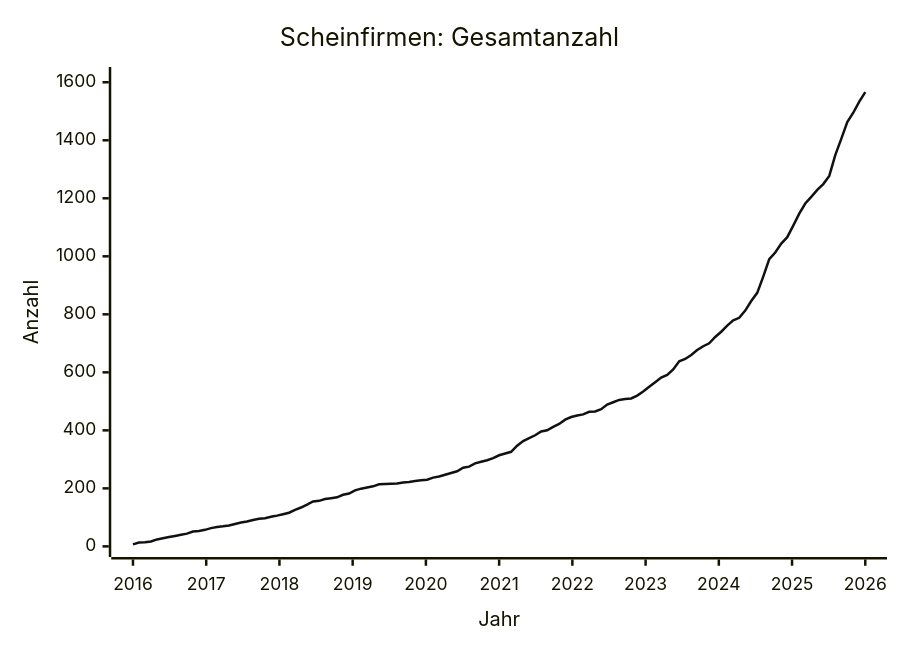
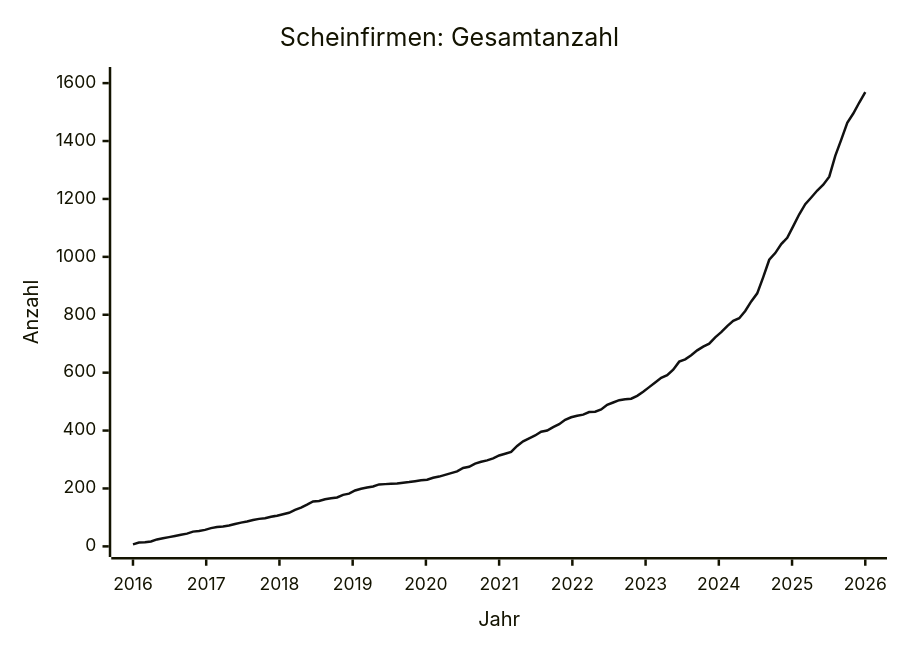
The diagram in data/STATS.md (arjoma/scheinfirmen-at), drawn with Mermaid before and after one commit. The commit also changed other lines of this file and 3 other files, not shown here.

````diff
--- a/data/STATS.md
+++ b/data/STATS.md
@@ -9,13 +9,13 @@
 ```mermaid
 ---
 config:
   themeVariables:
     xyChart:
       plotColorPalette: "#111111"
 ---
 xychart-beta
     title "Scheinfirmen: Gesamtanzahl"
     x-axis "Jahr" 2016 --> 2026
-    y-axis "Anzahl" 0 --> 1616
-    line [7, 13, 14, 17, 24, 28, 32, 36, 40, 44, 51, 53, 57, 63, 67, 69, 72, 77, 82, 86, 91, 95, 97, 102, 106, 111, 116, 126, 134, 144, 155, 157, 163, 166, 169, 178, 182, 193, 199, 203, 207, 214, 215, 216, 217, 220, 222, 225, 228, 230, 237, 241, 247, 253, 259, 271, 275, 286, 292, 297, 304, 314, 320, 326, 347, 363, 373, 383, 396, 400, 412, 422, 437, 446, 451, 455, 464, 465, 473, 489, 497, 505, 508, 510, 520, 534, 550, 566, 582, 591, 610, 638, 646, 660, 677, 690, 700, 722, 740, 761, 779, 788, 813, 846, 874, 930, 990, 1013, 1044, 1066, 1106, 1147, 1182, 1205, 1229, 1249, 1277, 1349, 1405, 1463, 1495, 1533, 1566]
+    y-axis "Anzahl" 0 --> 1619
+    line [7, 13, 14, 17, 24, 28, 32, 36, 40, 44, 51, 53, 57, 63, 67, 69, 72, 77, 82, 86, 91, 95, 97, 102, 106, 111, 116, 126, 134, 144, 155, 157, 163, 166, 169, 178, 182, 193, 199, 203, 207, 214, 215, 216, 217, 220, 222, 225, 228, 230, 237, 241, 247, 253, 259, 271, 275, 286, 292, 297, 304, 314, 320, 326, 347, 363, 373, 383, 396, 400, 412, 422, 437, 446, 451, 455, 464, 465, 473, 489, 497, 505, 508, 510, 520, 534, 550, 566, 582, 591, 610, 638, 646, 660, 677, 690, 700, 722, 740, 761, 779, 788, 813, 846, 874, 930, 990, 1013, 1044, 1066, 1106, 1147, 1182, 1205, 1229, 1249, 1277, 1349, 1405, 1463, 1495, 1533, 1569]
 ```
````
